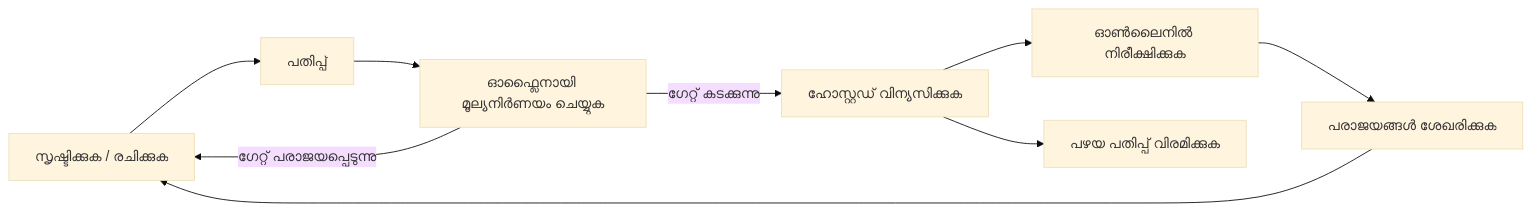
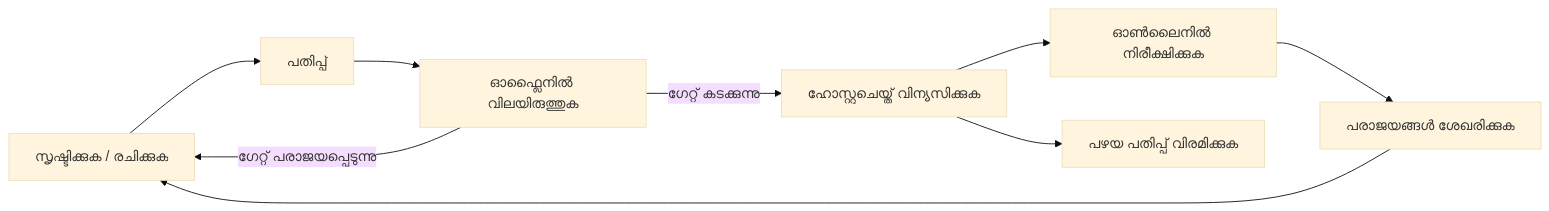
Before and after one commit to gabrielmoreira/agent-skills-mirror: the second of 4 diagrams in mirrors/repos/microsoft@ai-agents-for-beginners/translations/ml/16-deploying-scalable-agents/README.md, drawn with Mermaid (base theme). The commit also changed other lines of this file and 4262 other files, not shown here.

````diff
--- a/mirrors/repos/microsoft@ai-agents-for-beginners/translations/ml/16-deploying-scalable-agents/README.md
+++ b/mirrors/repos/microsoft@ai-agents-for-beginners/translations/ml/16-deploying-scalable-agents/README.md
@@ -108,11 +108,11 @@
 ```mermaid
 flowchart LR
     Create[സൃഷ്ടിക്കുക / രചിക്കുക] --> Version[പതിപ്പ്]
-    Version --> Evaluate[ഓഫ്ലൈനായി മൂല്യനിർണയം ചെയ്യുക]
-    Evaluate -->|ഗേറ്റ് കടക്കുന്നു| Deploy[ഹോസ്റ്റഡ് വിന്യസിക്കുക]
+    Version --> Evaluate[ഓഫ്ലൈനിൽ വിലയിരുത്തുക]
+    Evaluate -->|ഗേറ്റ് കടക്കുന്നു| Deploy[ഹോസ്റ്റുചെയ്ത് വിന്യസിക്കുക]
     Evaluate -->|ഗേറ്റ് പരാജയപ്പെടുന്നു| Create
     Deploy --> Observe[ഓൺലൈനിൽ നിരീക്ഷിക്കുക]
     Observe --> Improve[പരാജയങ്ങൾ ശേഖരിക്കുക]
     Improve --> Create
     Deploy --> Retire[പഴയ പതിപ്പ് വിരമിക്കുക]
 ```
````
